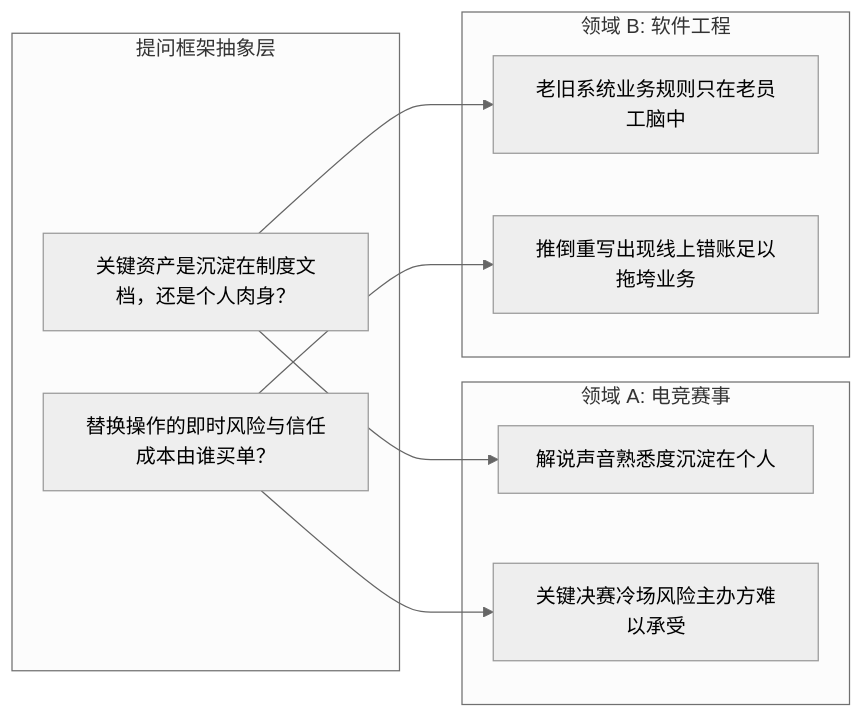
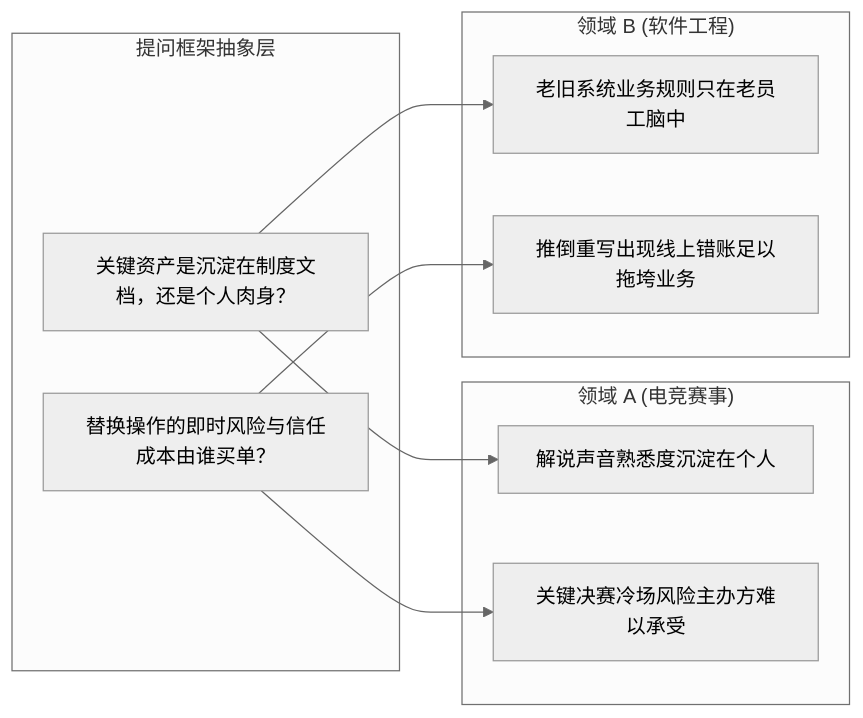
Before and after one commit to unendev/unendev.github.io: the second of 3 diagrams in src/content/blog/cognitive-throughput-voice-typing-llm-scaffolding.md, drawn with Mermaid (neutral theme). The commit also changed other lines of this file and 4 other files, not shown here.

Commit message:
feat(ui): modernize mermaid card styling, add interactive pan-zoom lightbox, and isolate syntax error bombs

````diff
--- a/src/content/blog/cognitive-throughput-voice-typing-llm-scaffolding.md
+++ b/src/content/blog/cognitive-throughput-voice-typing-llm-scaffolding.md
@@ -100,17 +100,17 @@
 ```mermaid
 flowchart LR
-    subgraph 提问框架抽象层
+    subgraph S_FRAMEWORK ["提问框架抽象层"]
         Q1["关键资产是沉淀在制度文档，还是个人肉身？"]
         Q2["替换操作的即时风险与信任成本由谁买单？"]
     end
-    subgraph 领域 A: 电竞赛事
-        A1[解说声音熟悉度沉淀在个人]
-        A2[关键决赛冷场风险主办方难以承受]
+    subgraph DOM_A ["领域 A (电竞赛事)"]
+        A1["解说声音熟悉度沉淀在个人"]
+        A2["关键决赛冷场风险主办方难以承受"]
     end
-    subgraph 领域 B: 软件工程
-        B1[老旧系统业务规则只在老员工脑中]
-        B2[推倒重写出现线上错账足以拖垮业务]
+    subgraph DOM_B ["领域 B (软件工程)"]
+        B1["老旧系统业务规则只在老员工脑中"]
+        B2["推倒重写出现线上错账足以拖垮业务"]
     end
     Q1 --> A1 & B1
     Q2 --> A2 & B2
 ```
````
